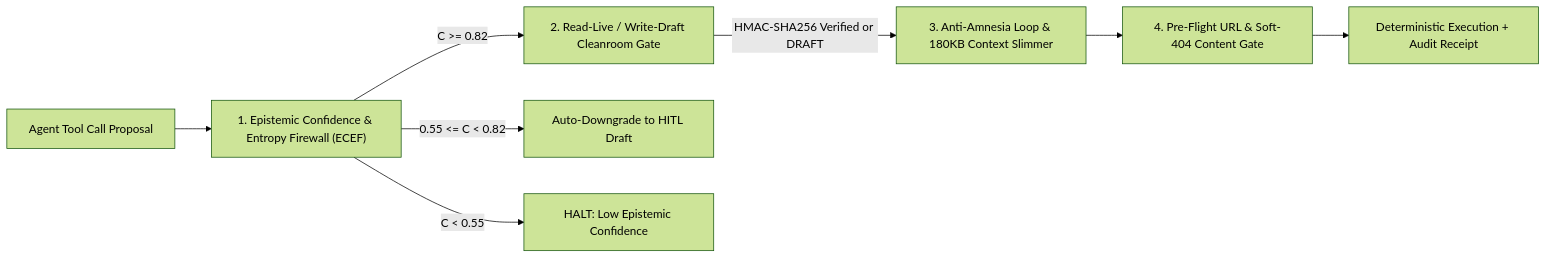
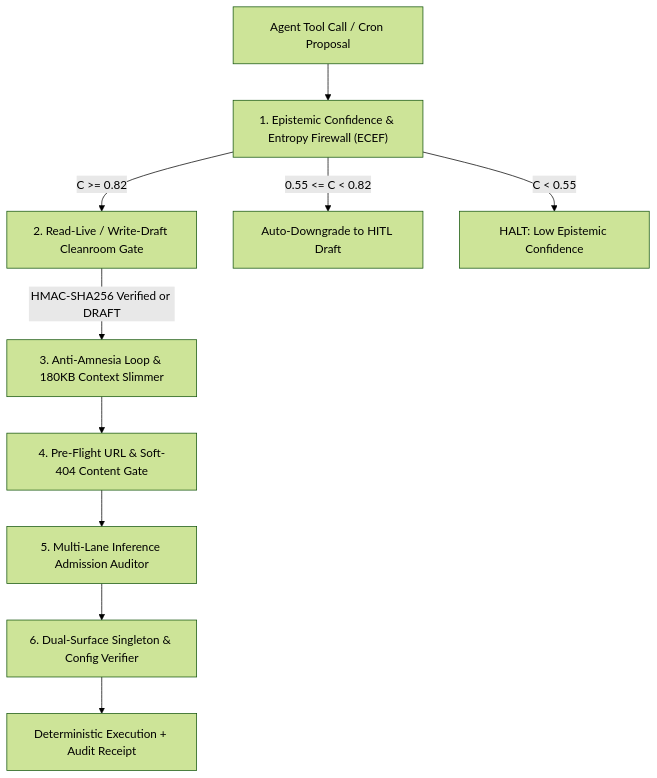
One commit to AIjennings/ariawave-metacognition changed the diagram in README.md. Above: the diagram before and after it, drawn with Mermaid (forest theme). The commit also changed other lines of this file, not shown here.

````diff
--- a/README.md
+++ b/README.md
@@ -24,10 +26,12 @@
 ```mermaid
-flowchart LR
-    A["Agent Tool Call Proposal"] --> B["1. Epistemic Confidence & Entropy Firewall (ECEF)"]
+flowchart TD
+    A["Agent Tool Call / Cron Proposal"] --> B["1. Epistemic Confidence & Entropy Firewall (ECEF)"]
     B -->|C >= 0.82| C["2. Read-Live / Write-Draft Cleanroom Gate"]
     B -->|0.55 <= C < 0.82| D["Auto-Downgrade to HITL Draft"]
     B -->|C < 0.55| E["HALT: Low Epistemic Confidence"]
     C -->|HMAC-SHA256 Verified or DRAFT| F["3. Anti-Amnesia Loop & 180KB Context Slimmer"]
     F --> G["4. Pre-Flight URL & Soft-404 Content Gate"]
-    G --> H["Deterministic Execution + Audit Receipt"]
+    G --> H["5. Multi-Lane Inference Admission Auditor"]
+    H --> I["6. Dual-Surface Singleton & Config Verifier"]
+    I --> J["Deterministic Execution + Audit Receipt"]
 ```
````
